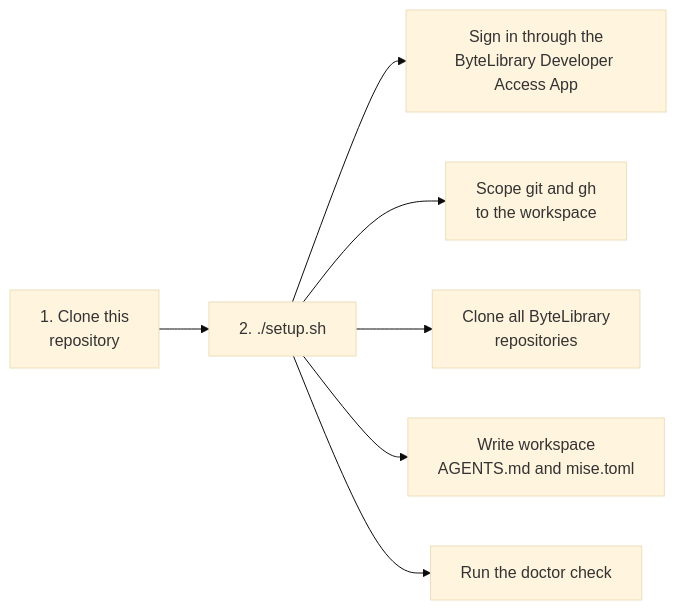
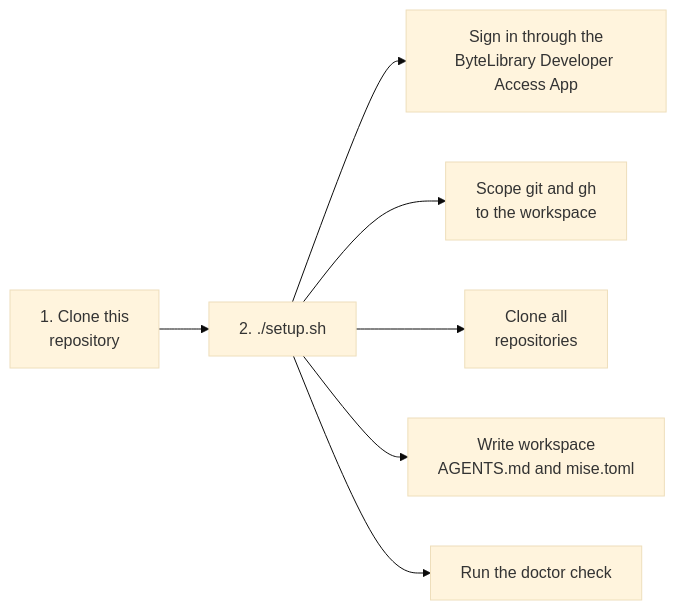
The diagram in README.md (ByteLibrary/workbench), drawn with Mermaid (base theme) before and after one commit. The commit also changed other lines of this file and 3 other files, not shown here.

````diff
--- a/README.md
+++ b/README.md
@@ -7,9 +7,9 @@
 ```mermaid
 flowchart LR
   clone["1. Clone this<br/>repository"] --> setup["2. ./setup.sh"]
   setup --> signin["Sign in through the<br/>ByteLibrary Developer Access App"]
   setup --> access["Scope git and gh<br/>to the workspace"]
-  setup --> repos["Clone all ByteLibrary<br/>repositories"]
+  setup --> repos["Clone all<br/>repositories"]
   setup --> files["Write workspace<br/>AGENTS.md and mise.toml"]
   setup --> doctor["Run the doctor check"]
 ```
````
